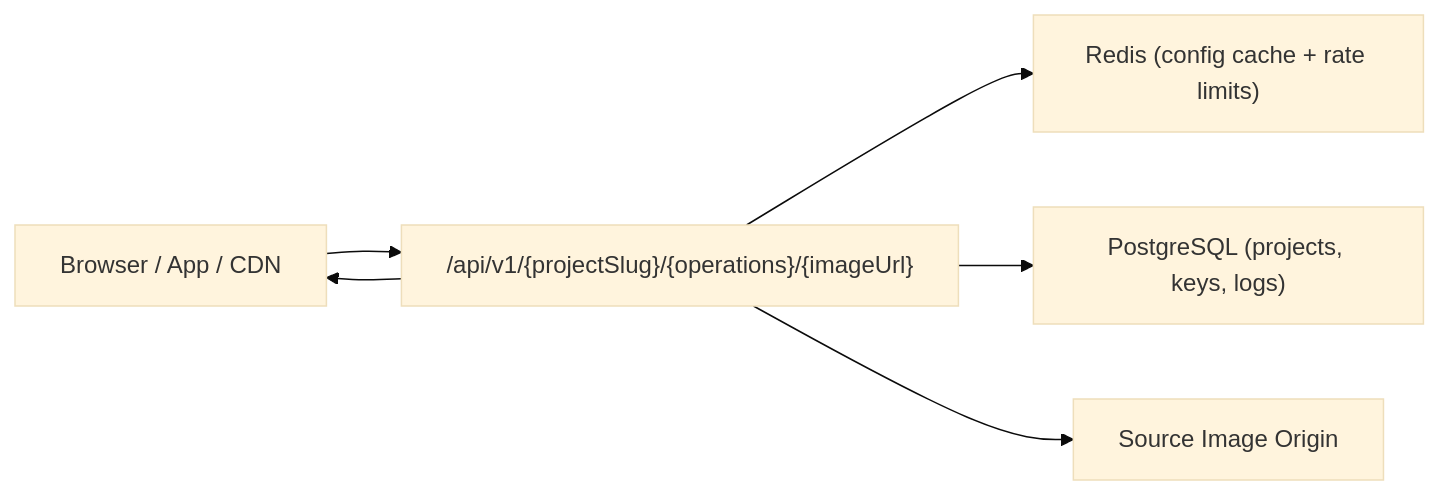
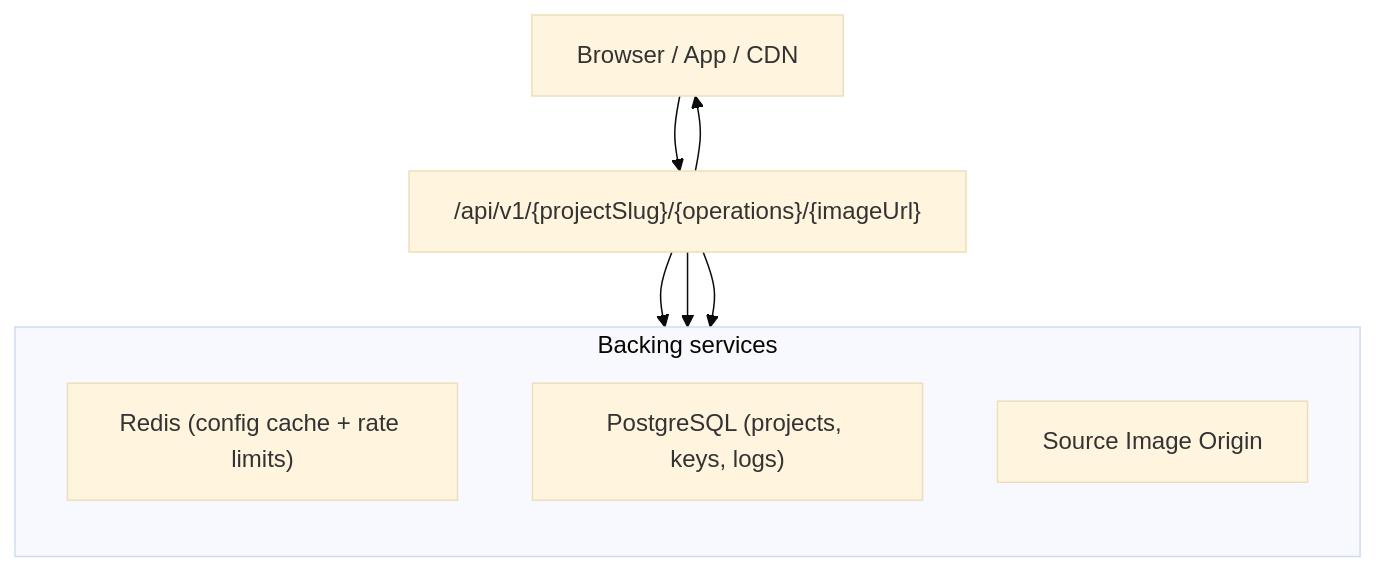
One commit to EricTsai83/optstuff changed the first of 3 diagrams in apps/docs/content/docs/introduction/how-it-works.mdx. Above: the diagram before and after it, drawn with Mermaid (base theme). The commit also changed 2 other files, not shown here.

Commit message:
Refactor architecture diagrams and enhance core concepts documentation
This commit updates the architecture diagrams in the overview, core concepts, and how-it-works sections to improve clarity and organization. The flowcharts are restructured to better represent the Control Plane and Data Plane, and additional context is provided regarding the implications of frontend-direct delivery versus backend-issued signed URLs. These changes aim to enhance the understanding of OptStuff's image delivery capabilities and governance.

````diff
--- a/apps/docs/content/docs/introduction/how-it-works.mdx
+++ b/apps/docs/content/docs/introduction/how-it-works.mdx
@@ -12,8 +12,14 @@
 ```mermaid
-flowchart LR
+flowchart TB
   Client["Browser / App / CDN"] --> Api["/api/v1/{projectSlug}/{operations}/{imageUrl}"]
-  Api --> Cache["Redis (config cache + rate limits)"]
-  Api --> Db["PostgreSQL (projects, keys, logs)"]
-  Api --> Origin["Source Image Origin"]
+  subgraph Backing["Backing services"]
+    direction TB
+    Cache["Redis (config cache + rate limits)"]
+    Db["PostgreSQL (projects, keys, logs)"]
+    Origin["Source Image Origin"]
+  end
+  Api --> Cache
+  Api --> Db
+  Api --> Origin
   Api --> Client
 ```
````
